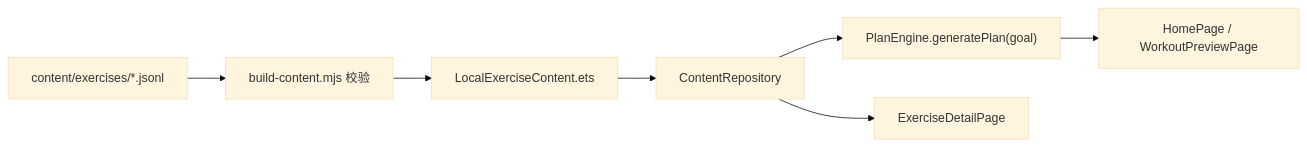
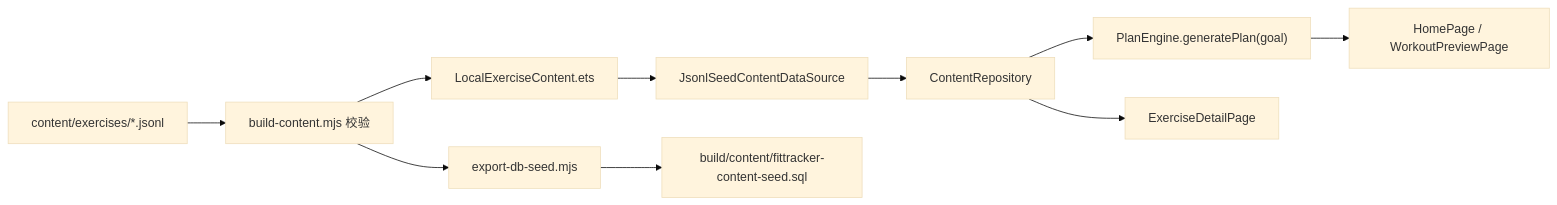
One commit to EarthxxRhythm/FitTracker changed the diagram in docs/内容导入说明.md. Above: the diagram before and after it, drawn with Mermaid (base theme). The commit also changed other lines of this file and 9 other files, not shown here.

````diff
--- a/docs/内容导入说明.md
+++ b/docs/内容导入说明.md
@@ -119,9 +119,12 @@
 ```mermaid
 flowchart LR
   A["content/exercises/*.jsonl"] --> B["build-content.mjs 校验"]
   B --> C["LocalExerciseContent.ets"]
-  C --> D["ContentRepository"]
-  D --> E["PlanEngine.generatePlan(goal)"]
-  D --> F["ExerciseDetailPage"]
-  E --> G["HomePage / WorkoutPreviewPage"]
+  C --> D["JsonlSeedContentDataSource"]
+  D --> E["ContentRepository"]
+  B --> F["export-db-seed.mjs"]
+  F --> G["build/content/fittracker-content-seed.sql"]
+  E --> H["PlanEngine.generatePlan(goal)"]
+  E --> I["ExerciseDetailPage"]
+  H --> J["HomePage / WorkoutPreviewPage"]
 ```
````
